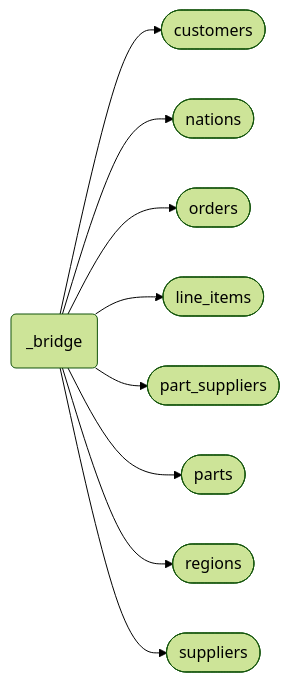
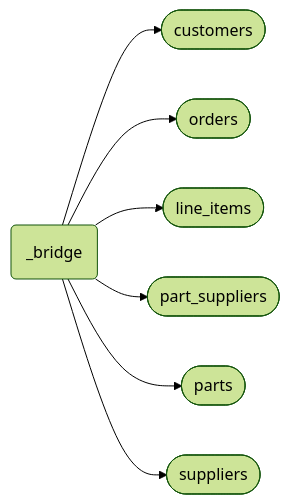
The fourth of 4 diagrams in README.md (mattiasthalen/tpch), drawn with Mermaid (forest theme) before and after one commit. The commit also changed other lines of this file and 18 other files, not shown here.

````diff
--- a/README.md
+++ b/README.md
@@ -272,21 +272,17 @@
 ```mermaid
 flowchart LR
     _bridge("_bridge")
     customers(["customers"])
-    nations(["nations"])
     orders(["orders"])
     line_items(["line_items"])
     part_suppliers(["part_suppliers"])
     parts(["parts"])
-    regions(["regions"])
     suppliers(["suppliers"])
     
     _bridge --> customers
-    _bridge --> nations
     _bridge --> orders
     _bridge --> line_items
     _bridge --> part_suppliers
     _bridge --> parts
-    _bridge --> regions
     _bridge --> suppliers
 ```
````
